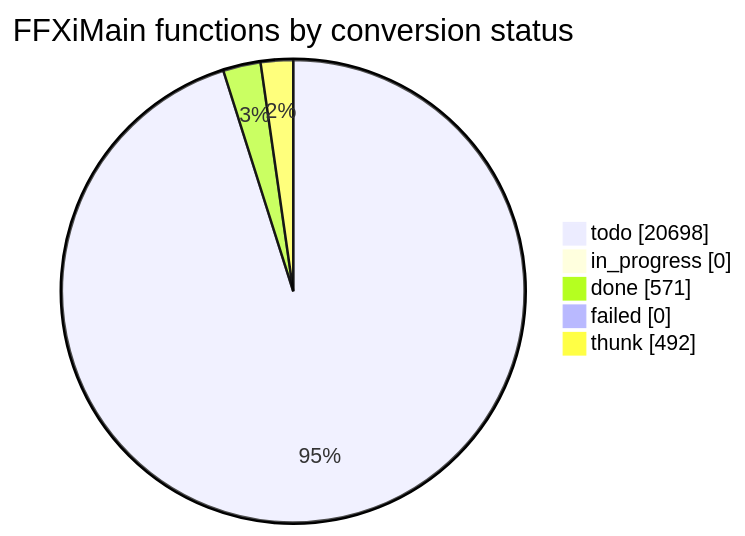
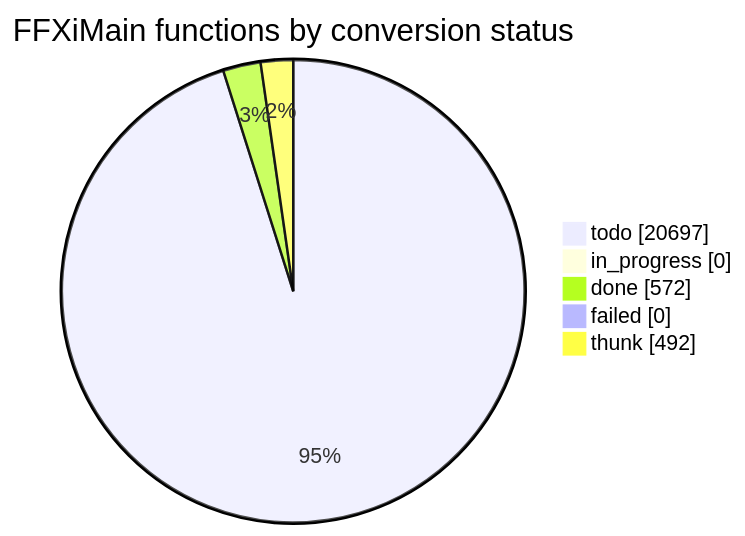
The diagram in docs/cow/STATUS.md (cowrevenge/cow_kuluu_xi_anything), drawn with Mermaid before and after one commit. The commit also changed other lines of this file and 9 other files, not shown here.

````diff
--- a/docs/cow/STATUS.md
+++ b/docs/cow/STATUS.md
@@ -18,9 +18,9 @@
 ```mermaid
 pie showData
     title FFXiMain functions by conversion status
-    "todo" : 20698
+    "todo" : 20697
     "in_progress" : 0
-    "done" : 571
+    "done" : 572
     "failed" : 0
     "thunk" : 492
 ```
````
